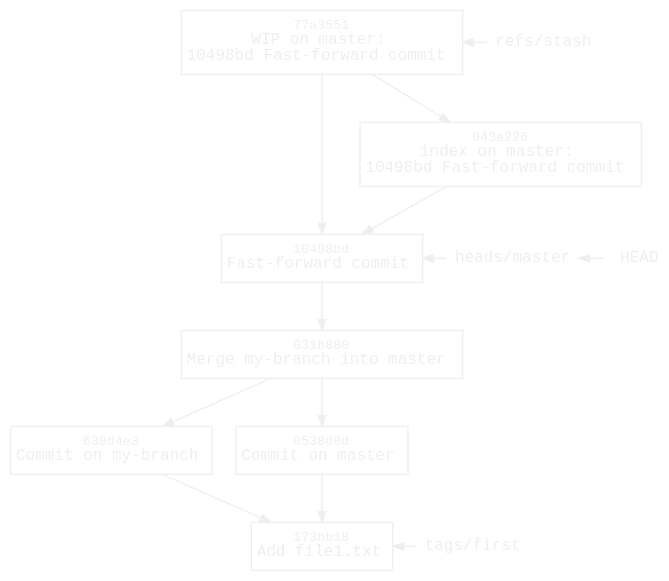
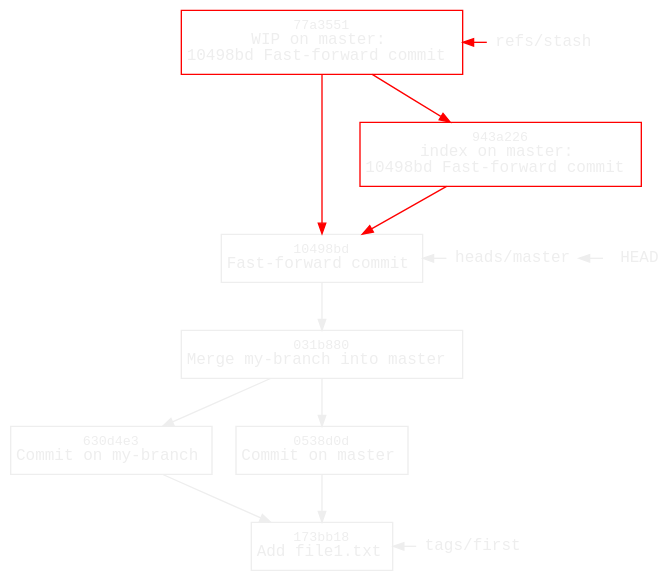
The diagram in content/blog/git/stash.dot (williamvds/website), drawn with Graphviz before and after one commit. The commit also changed 11 other files, not shown here.

Commit message:
blog: Git: highlight changes in history diagrams

```diff
--- a/content/blog/git/stash.dot
+++ b/content/blog/git/stash.dot
@@ -1,53 +1,55 @@
 digraph branch {
     bgcolor = transparent
     color = white
 
     node [fontname=monospace, fontsize=12, fontcolor="#eeeeee"
           margin="0.06,0.1", height=0, color="#eeeeee"]
     edge [fontcolor="#eeeeee", color="#eeeeee", arrowsize=0.8]
 
     node [shape=box, labeldistance=0.2]
     "173bb18" [label=<<font point-size="10">173bb18</font><br/>Add file1.txt>]
     "630d4e3" [label=<<font point-size="10">630d4e3</font><br/>Commit on my-branch>]
     "0538d0d" [label=<<font point-size="10">0538d0d</font><br/>Commit on master>]
     "031b880" [label=<<font point-size="10">031b880</font><br/>Merge my-branch into master>]
     "10498bd" [label=<<font point-size="10">10498bd</font><br/>Fast-forward commit>]
-    "77a3551" [label=<<font point-size="10">77a3551</font><br/>WIP on master:<br/>10498bd Fast-forward commit>]
-    "943a226" [label=<<font point-size="10">943a226</font><br/>index on master:<br/>10498bd Fast-forward commit>]
+    "77a3551" [label=<<font point-size="10">77a3551</font><br/>WIP on master:<br/>10498bd Fast-forward commit>
+        color=red]
+    "943a226" [label=<<font point-size="10">943a226</font><br/>index on master:<br/>10498bd Fast-forward commit>
+        color=red]
 
     node [shape=none, margin=0.05, height=0]
     HEAD
     master [label="heads/master"]
     first [label="tags/first"]
     stash [label="refs/stash"]
 
     // master
     {
         edge [weight=2]
         "0538d0d" -> "173bb18"
         "031b880" -> "0538d0d"
         "10498bd" -> "031b880"
-        "77a3551" -> "10498bd"
+        "77a3551" -> "10498bd" [color=red]
     }
 
     "630d4e3" -> "173bb18"
     "031b880" -> "630d4e3"
-    "943a226" -> "10498bd"
-    "77a3551" -> "943a226"
+    "943a226" -> "10498bd" [color=red]
+    "77a3551" -> "943a226" [color=red]
 
     {
         rank = same
         first -> "173bb18" [constraint=false]
     }
 
     {
         rank = same
         HEAD -> master [constraint=false]
         master -> "10498bd" [constraint=false]
     }
 
     {
         rank = same
-        stash -> "77a3551" [constraint=false]
+        stash -> "77a3551" [constraint=false color=red]
     }
 }
```
